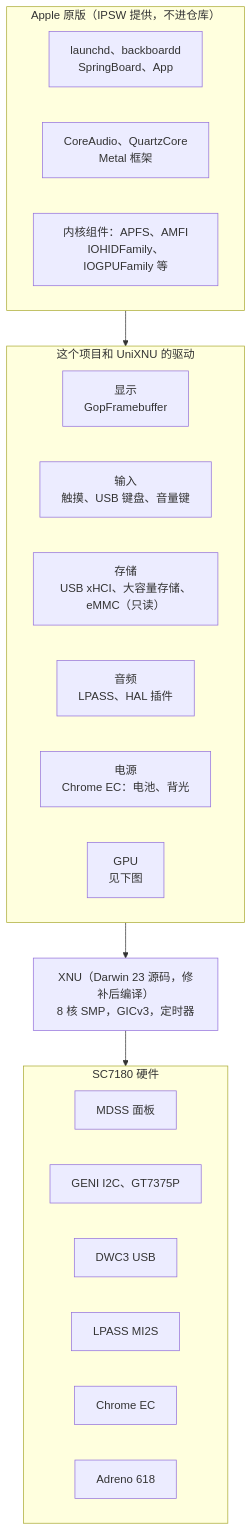
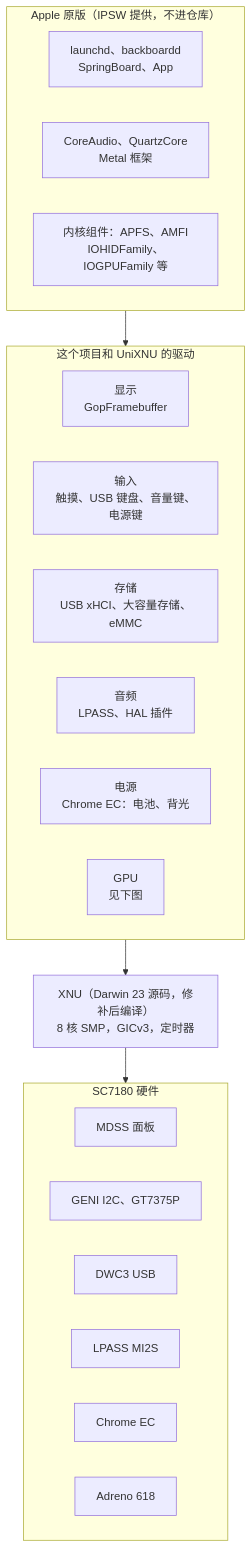
Before and after one commit to chiba233/Trogdor-ipadOS: the second of 4 diagrams in README.md, drawn with Mermaid. The commit also changed other lines of this file and 14 other files, not shown here.

````diff
--- a/README.md
+++ b/README.md
@@ -28,29 +28,29 @@
 ```mermaid
 flowchart TB
     subgraph APPLE["Apple 原版（IPSW 提供，不进仓库）"]
         direction LR
         A1["launchd、backboardd<br/>SpringBoard、App"]
         A2["CoreAudio、QuartzCore<br/>Metal 框架"]
         A3["内核组件：APFS、AMFI<br/>IOHIDFamily、IOGPUFamily 等"]
     end
     subgraph OURS["这个项目和 UniXNU 的驱动"]
         direction LR
         D1["显示<br/>GopFramebuffer"]
-        D2["输入<br/>触摸、USB 键盘、音量键"]
-        D3["存储<br/>USB xHCI、大容量存储、eMMC（只读）"]
+        D2["输入<br/>触摸、USB 键盘、音量键、电源键"]
+        D3["存储<br/>USB xHCI、大容量存储、eMMC"]
         D4["音频<br/>LPASS、HAL 插件"]
         D5["电源<br/>Chrome EC：电池、背光"]
         D6["GPU<br/>见下图"]
     end
     KERNEL["XNU（Darwin 23 源码，修补后编译）<br/>8 核 SMP，GICv3，定时器"]
     subgraph HW["SC7180 硬件"]
         direction LR
         H1["MDSS 面板"]
         H2["GENI I2C、GT7375P"]
         H3["DWC3 USB"]
         H4["LPASS MI2S"]
         H5["Chrome EC"]
         H6["Adreno 618"]
     end
     APPLE --> OURS --> KERNEL --> HW
 ```
````
